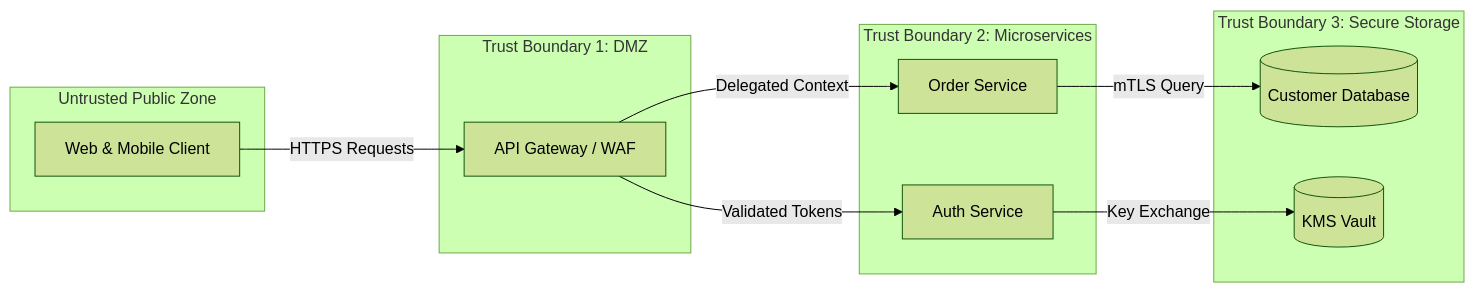
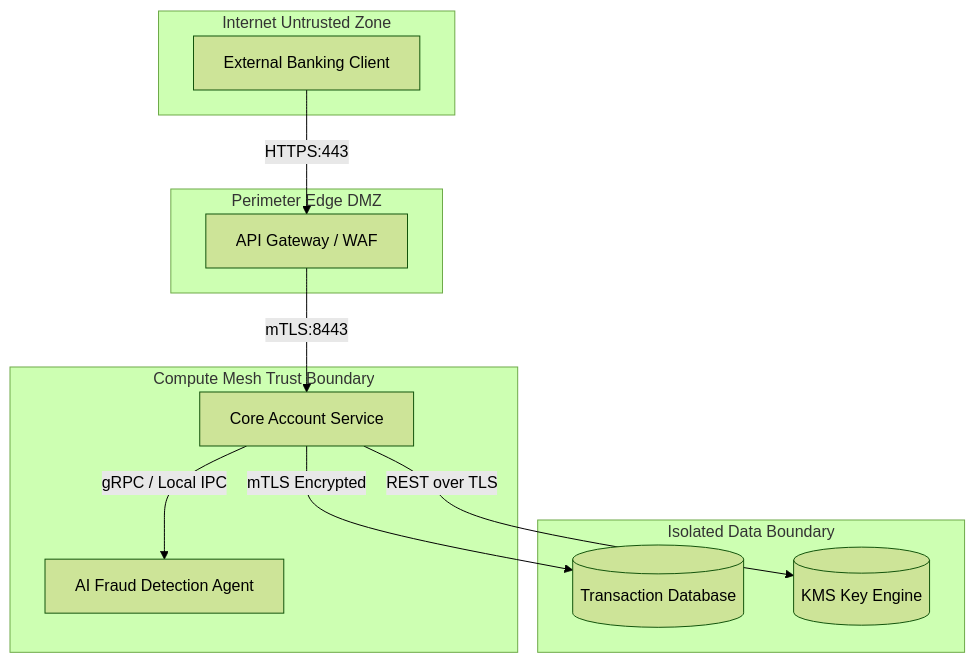
Before and after one commit to CloudSecCorner/cloudseccorner.github.io: the third of 3 diagrams in priv/static/labs/threat-modeling.md, drawn with Mermaid (forest theme). The commit also changed other lines of this file and 4 other files, not shown here.

Commit message:
feat(labs): overhaul threat modeling lab with masterclass architecture and pytm automation

````diff
--- a/priv/static/labs/threat-modeling.md
+++ b/priv/static/labs/threat-modeling.md
@@ -89,26 +154,26 @@
 ```mermaid
-flowchart LR
-  subgraph PublicZone[Untrusted Public Zone]
-    Client[Web & Mobile Client]
-  end
+flowchart TD
+    subgraph InternetZone[Internet Untrusted Zone]
+        Client[External Banking Client]
+    end
 
-  subgraph DMZ[Trust Boundary 1: DMZ]
-    WAF[API Gateway / WAF]
-  end
+    subgraph DMZZone[Perimeter Edge DMZ]
+        WAF[API Gateway / WAF]
+    end
 
-  subgraph ServiceZone[Trust Boundary 2: Microservices]
-    AuthSvc[Auth Service]
-    OrderSvc[Order Service]
-  end
+    subgraph ServiceMesh[Compute Mesh Trust Boundary]
+        API[Core Account Service]
+        AI[AI Fraud Detection Agent]
+    end
 
-  subgraph SecureDataZone[Trust Boundary 3: Secure Storage]
-    DB[(Customer Database)]
-    KMS[(KMS Vault)]
-  end
+    subgraph StorageZone[Isolated Data Boundary]
+        DB[(Transaction Database)]
+        KMS[(KMS Key Engine)]
+    end
 
-  Client -- HTTPS Requests --> WAF
-  WAF -- Validated Tokens --> AuthSvc
-  WAF -- Delegated Context --> OrderSvc
-  OrderSvc -- mTLS Query --> DB
-  AuthSvc -- Key Exchange --> KMS
+    Client -->|HTTPS:443| WAF
+    WAF -->|mTLS:8443| API
+    API -->|gRPC / Local IPC| AI
+    API -->|mTLS Encrypted| DB
+    API -->|REST over TLS| KMS
 ```
````
